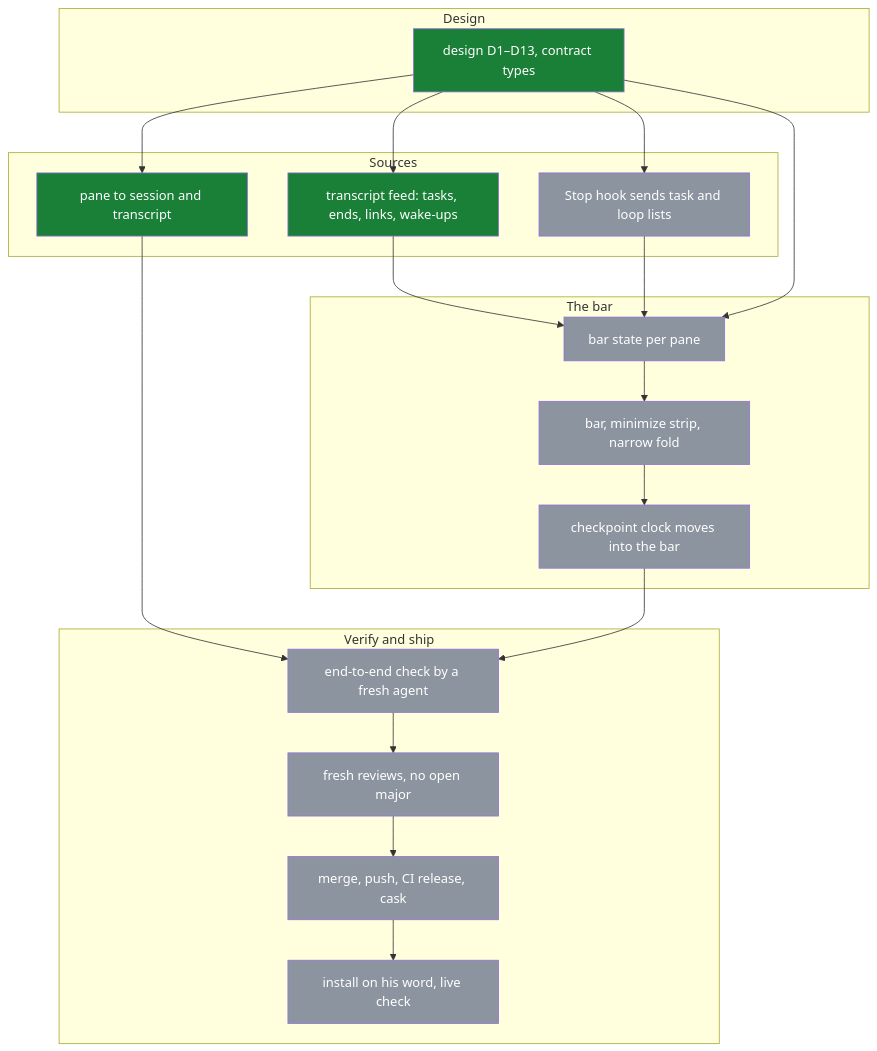
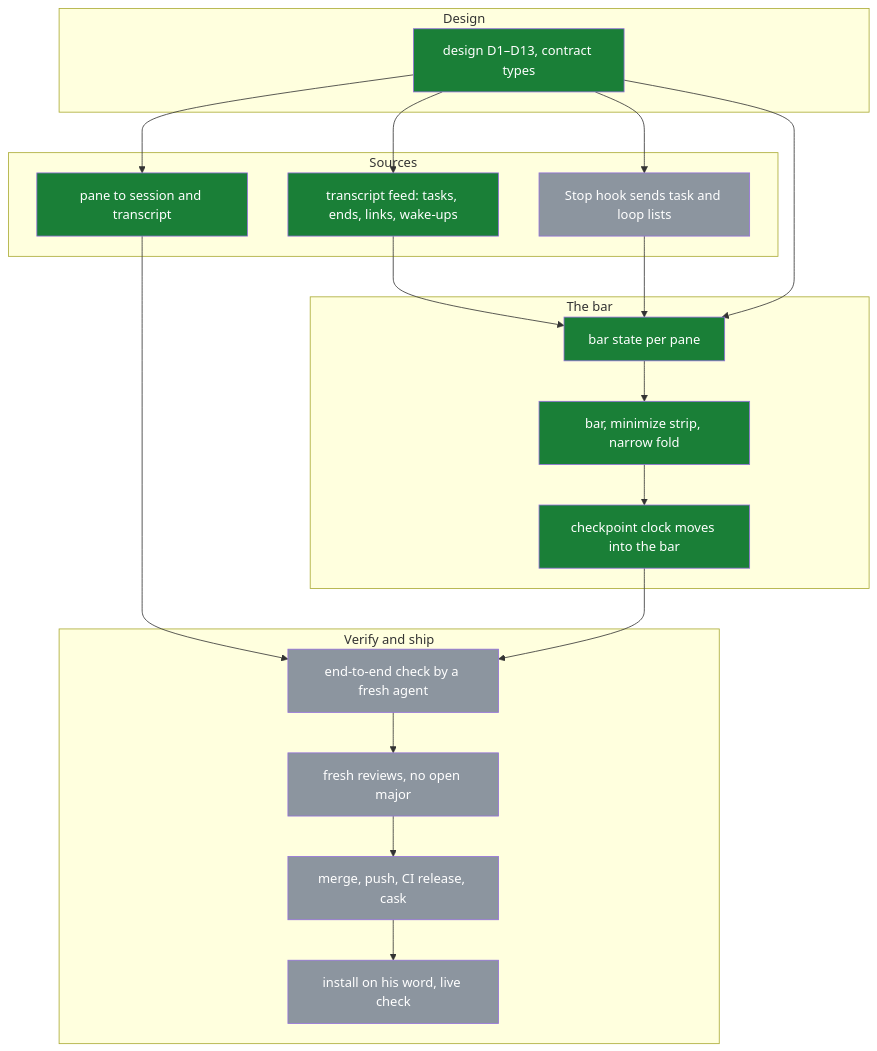
Before and after one commit to michaeljryoung/patton: the diagram in docs/session-bar.md, drawn with Mermaid. The commit also changed other lines of this file and 3 other files, not shown here.

````diff
--- a/docs/session-bar.md
+++ b/docs/session-bar.md
@@ -10,41 +10,41 @@
 ```mermaid
 flowchart TD
   subgraph D["Design"]
     bar_design[design D1–D13, contract types]:::done
   end
   subgraph S["Sources"]
     session_link[pane to session and transcript]:::done
     transcript_feed[transcript feed: tasks, ends, links, wake-ups]:::done
     hook_lists[Stop hook sends task and loop lists]:::todo
   end
   subgraph B["The bar"]
-    bar_model[bar state per pane]:::todo
-    bar_ui[bar, minimize strip, narrow fold]:::todo
-    ckpt_move[checkpoint clock moves into the bar]:::todo
+    bar_model[bar state per pane]:::done
+    bar_ui[bar, minimize strip, narrow fold]:::done
+    ckpt_move[checkpoint clock moves into the bar]:::done
   end
   subgraph V["Verify and ship"]
     bar_e2e[end-to-end check by a fresh agent]:::todo
     bar_review[fresh reviews, no open major]:::todo
     bar_release[merge, push, CI release, cask]:::todo
     bar_ship[install on his word, live check]:::todo
   end
   bar_design --> session_link
   bar_design --> transcript_feed
   bar_design --> hook_lists
   bar_design --> bar_model
   session_link --> bar_e2e
   transcript_feed --> bar_model
   hook_lists --> bar_model
   bar_model --> bar_ui
   bar_ui --> ckpt_move
   ckpt_move --> bar_e2e
   bar_e2e --> bar_review
   bar_review --> bar_release
   bar_release --> bar_ship
   classDef done fill:#1a7f37,color:#fff
   classDef live fill:#0969da,color:#fff
   classDef todo fill:#8c959f,color:#fff
   classDef blocked fill:#cf222e,color:#fff
   classDef dropped fill:#eaeef2,color:#57606a
   classDef superseded fill:#eaeef2,color:#57606a
 ```
````
